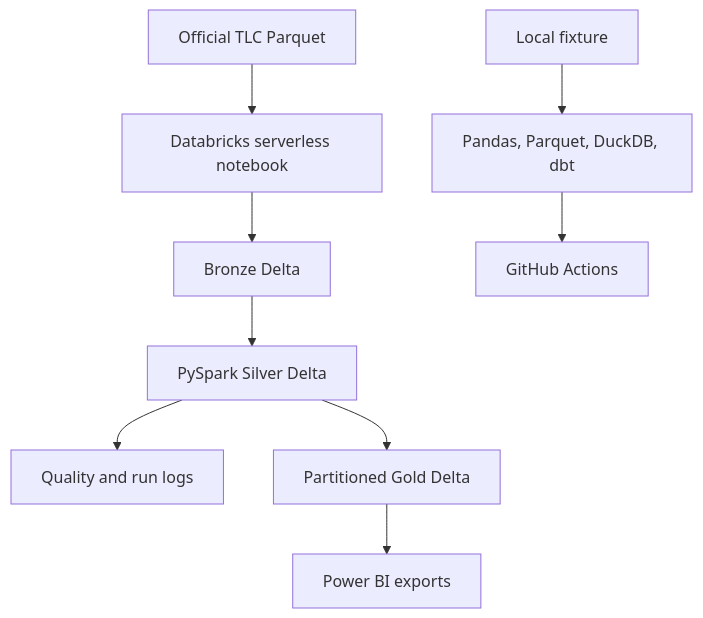
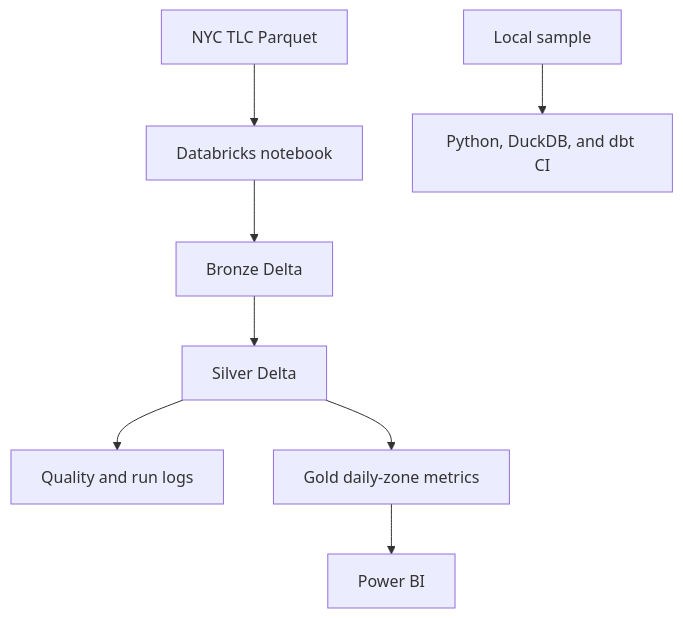
One commit to RishiRatnakarData/urban-mobility-analytics-engineering changed the diagram in README.md. Above: the diagram before and after it, drawn with Mermaid. The commit also changed other lines of this file and 7 other files, not shown here.

````diff
--- a/README.md
+++ b/README.md
@@ -58,11 +32,10 @@
 ```mermaid
 flowchart TD
-    A[Official TLC Parquet] --> B[Databricks serverless notebook]
+    A[NYC TLC Parquet] --> B[Databricks notebook]
     B --> C[Bronze Delta]
-    C --> D[PySpark Silver Delta]
+    C --> D[Silver Delta]
     D --> E[Quality and run logs]
-    D --> F[Partitioned Gold Delta]
-    F --> G[Power BI exports]
-    H[Local fixture] --> I[Pandas, Parquet, DuckDB, dbt]
-    I --> J[GitHub Actions]
+    D --> F[Gold daily-zone metrics]
+    F --> G[Power BI]
+    H[Local sample] --> I[Python, DuckDB, and dbt CI]
 ```
````
